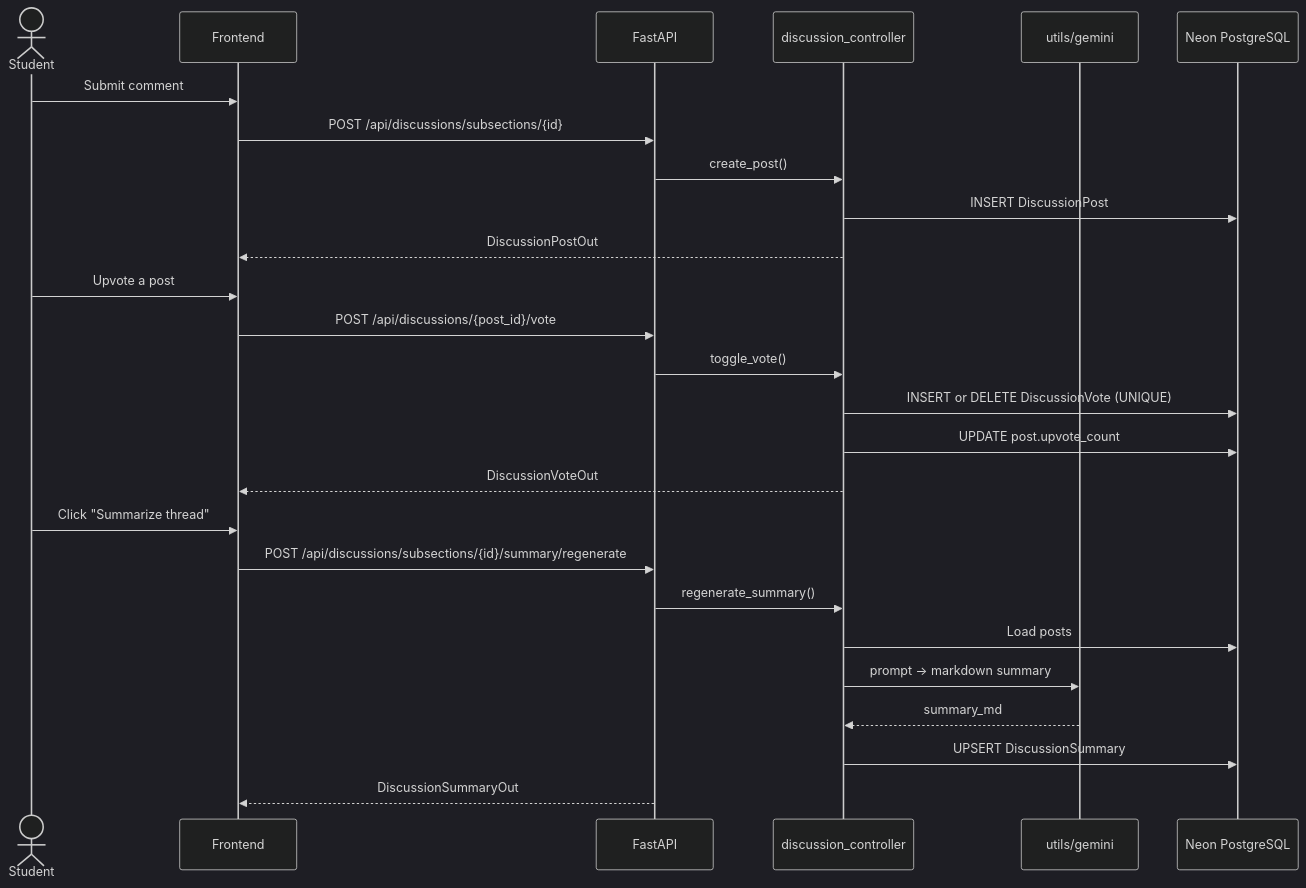
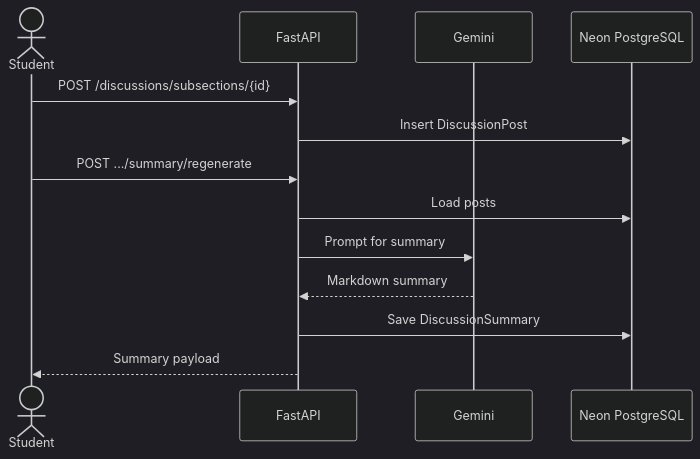
The fourth of 4 diagrams in docs/sprints/SPRINT_5.md (yazidha09/Hub4Learners), drawn with Mermaid (dark theme) before and after one commit. The commit also changed other lines of this file and 14 other files, not shown here.

````diff
--- a/docs/sprints/SPRINT_5.md
+++ b/docs/sprints/SPRINT_5.md
@@ -221,31 +171,17 @@
 ```mermaid
 sequenceDiagram
     actor Student
-    participant Frontend
-    participant FastAPI
-    participant DiscCtrl as discussion_controller
-    participant Gemini as utils/gemini
+    participant API as FastAPI
+    participant Gemini
     participant DB as Neon PostgreSQL
 
-    Student->>Frontend: Submit comment
-    Frontend->>FastAPI: POST /api/discussions/subsections/{id}
-    FastAPI->>DiscCtrl: create_post()
-    DiscCtrl->>DB: INSERT DiscussionPost
-    DiscCtrl-->>Frontend: DiscussionPostOut
+    Student->>API: POST /discussions/subsections/{id}
+    API->>DB: Insert DiscussionPost
 
-    Student->>Frontend: Upvote a post
-    Frontend->>FastAPI: POST /api/discussions/{post_id}/vote
-    FastAPI->>DiscCtrl: toggle_vote()
-    DiscCtrl->>DB: INSERT or DELETE DiscussionVote (UNIQUE)
-    DiscCtrl->>DB: UPDATE post.upvote_count
-    DiscCtrl-->>Frontend: DiscussionVoteOut
-
-    Student->>Frontend: Click "Summarize thread"
-    Frontend->>FastAPI: POST /api/discussions/subsections/{id}/summary/regenerate
-    FastAPI->>DiscCtrl: regenerate_summary()
-    DiscCtrl->>DB: Load posts
-    DiscCtrl->>Gemini: prompt → markdown summary
-    Gemini-->>DiscCtrl: summary_md
-    DiscCtrl->>DB: UPSERT DiscussionSummary
-    FastAPI-->>Frontend: DiscussionSummaryOut
+    Student->>API: POST .../summary/regenerate
+    API->>DB: Load posts
+    API->>Gemini: Prompt for summary
+    Gemini-->>API: Markdown summary
+    API->>DB: Save DiscussionSummary
+    API-->>Student: Summary payload
 ```
````
